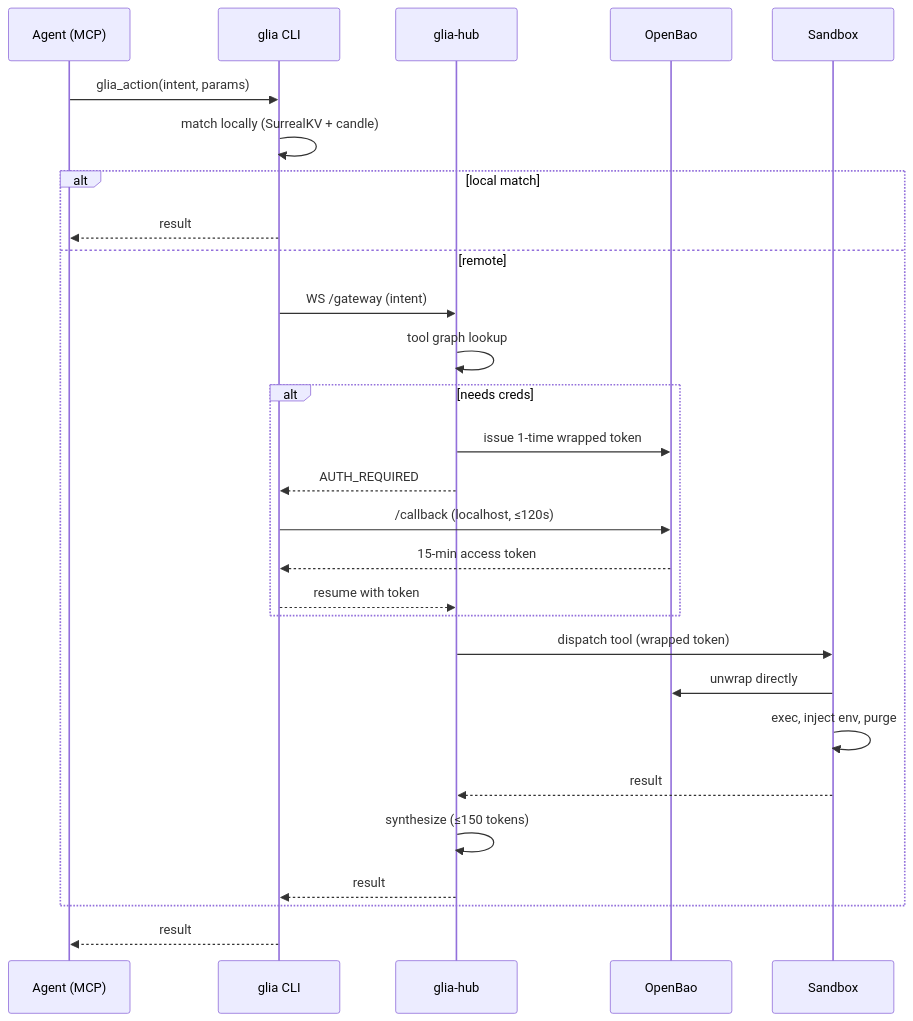
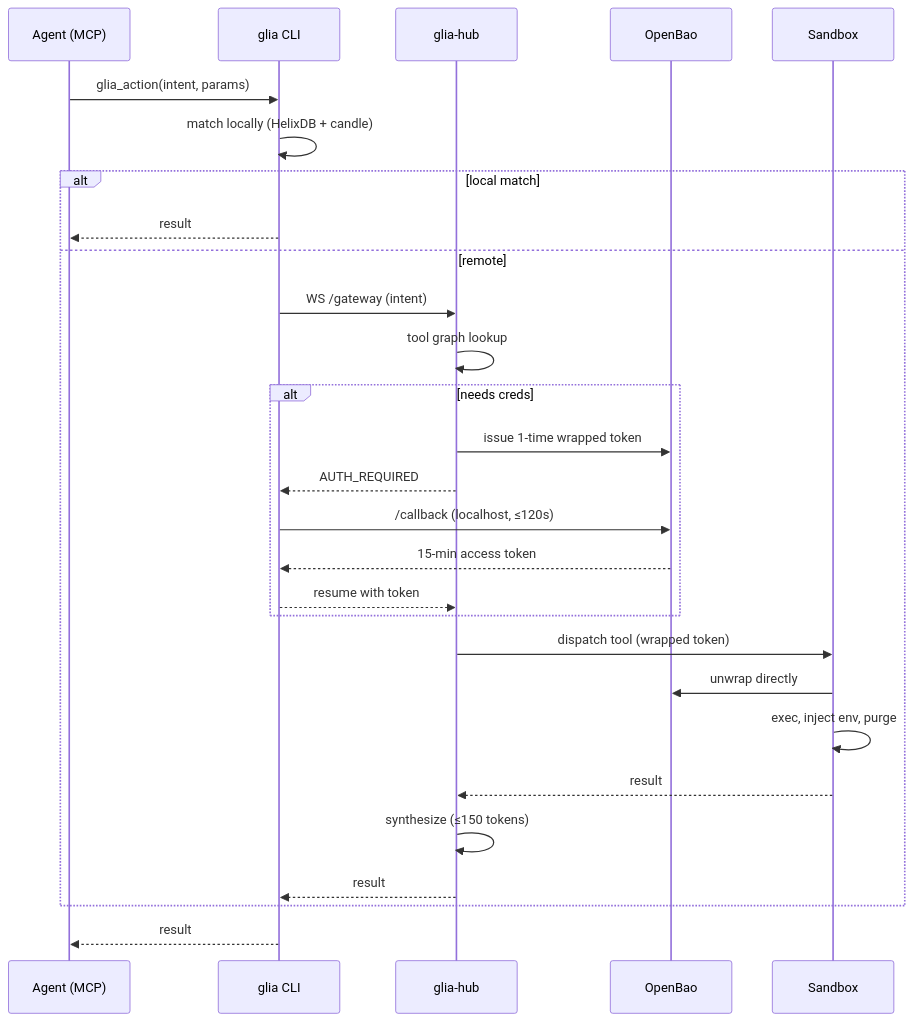
One commit to Vellixia/Glia changed the second of 3 diagrams in docs/architecture.md. Above: the diagram before and after it, drawn with Mermaid. The commit also changed other lines of this file and 40 other files, not shown here.

First line of the commit message:
feat(v0.2.0): migrate SurrealDB to HelixDB + single-gateway architecture

````diff
--- a/docs/architecture.md
+++ b/docs/architecture.md
@@ -60,31 +60,31 @@
 ```mermaid
 sequenceDiagram
     participant A as Agent (MCP)
     participant C as glia CLI
     participant H as glia-hub
     participant O as OpenBao
     participant S as Sandbox
 
     A->>C: glia_action(intent, params)
-    C->>C: match locally (SurrealKV + candle)
+    C->>C: match locally (HelixDB + candle)
     alt local match
         C-->>A: result
     else remote
         C->>H: WS /gateway (intent)
         H->>H: tool graph lookup
         alt needs creds
             H->>O: issue 1-time wrapped token
             H-->>C: AUTH_REQUIRED
             C->>O: /callback (localhost, ≤120s)
             O-->>C: 15-min access token
             C-->>H: resume with token
         end
         H->>S: dispatch tool (wrapped token)
         S->>O: unwrap directly
         S->>S: exec, inject env, purge
         S-->>H: result
         H->>H: synthesize (≤150 tokens)
         H-->>C: result
     end
     C-->>A: result
 ```
````
